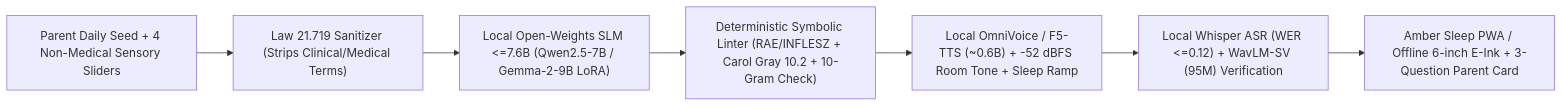
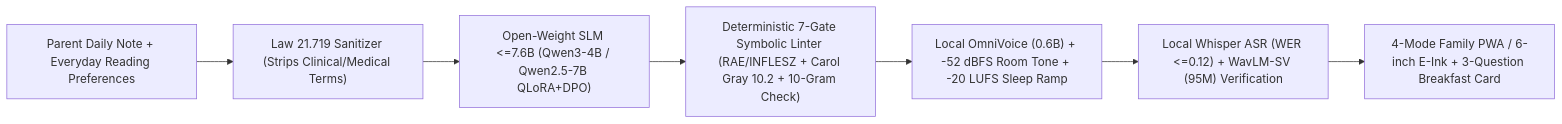
The diagram in README.md (jabenoitv/un-cuento-un-abrazo), drawn with Mermaid before and after one commit. The commit also changed other lines of this file and 9 other files, not shown here.

Commit message:
feat(benchmark): add Dual-T4 Kaggle QLoRA+DPO evaluation, E2E audio showcase, and README updates

````diff
--- a/README.md
+++ b/README.md
@@ -22,9 +22,9 @@
 ```mermaid
 flowchart LR
-    A["Parent Daily Seed + 4 Non-Medical Sensory Sliders"] --> B["Law 21.719 Sanitizer (Strips Clinical/Medical Terms)"]
-    B --> C["Local Open-Weights SLM <=7.6B (Qwen2.5-7B / Gemma-2-9B LoRA)"]
-    C --> D["Deterministic Symbolic Linter (RAE/INFLESZ + Carol Gray 10.2 + 10-Gram Check)"]
-    D --> E["Local OmniVoice / F5-TTS (~0.6B) + -52 dBFS Room Tone + Sleep Ramp"]
+    A["Parent Daily Note + Everyday Reading Preferences"] --> B["Law 21.719 Sanitizer (Strips Clinical/Medical Terms)"]
+    B --> C["Open-Weight SLM <=7.6B (Qwen3-4B / Qwen2.5-7B QLoRA+DPO)"]
+    C --> D["Deterministic 7-Gate Symbolic Linter (RAE/INFLESZ + Carol Gray 10.2 + 10-Gram Check)"]
+    D --> E["Local OmniVoice (0.6B) + -52 dBFS Room Tone + -20 LUFS Sleep Ramp"]
     E --> F["Local Whisper ASR (WER <=0.12) + WavLM-SV (95M) Verification"]
-    F --> G["Amber Sleep PWA / Offline 6-inch E-Ink + 3-Question Parent Card"]
+    F --> G["4-Mode Family PWA / 6-inch E-Ink + 3-Question Breakfast Card"]
 ```
````
